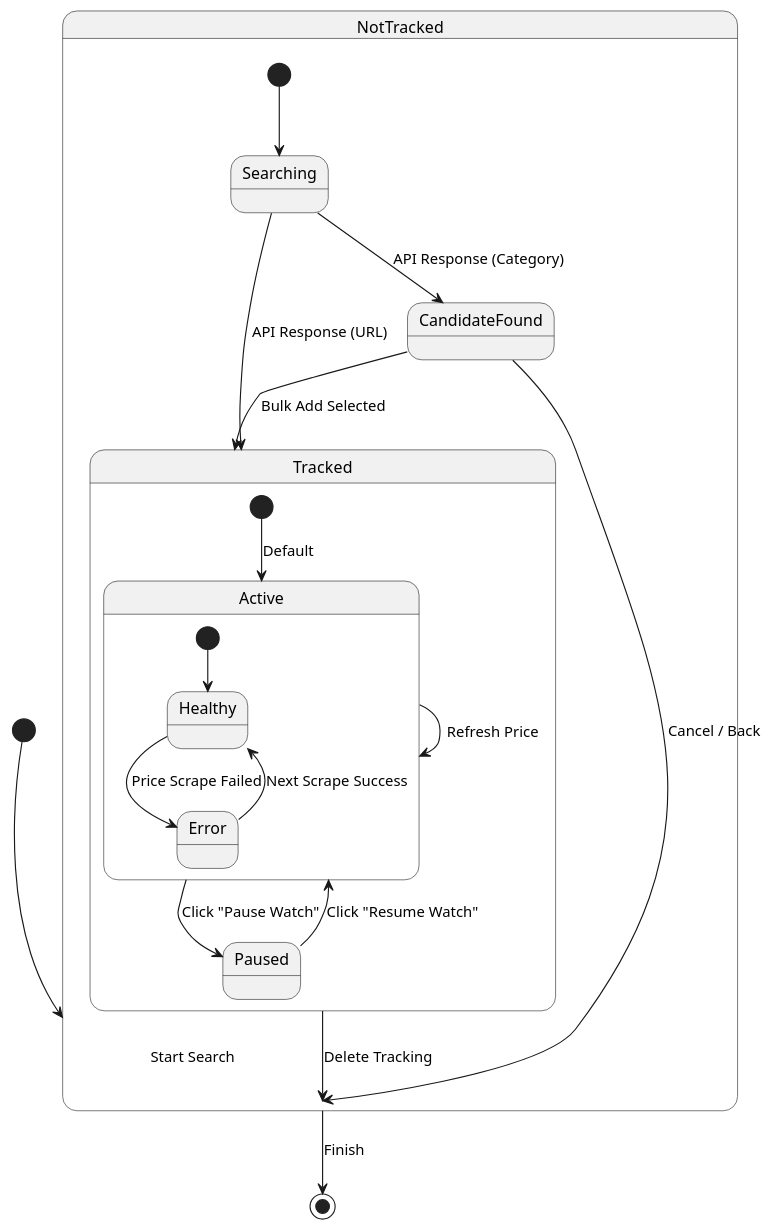
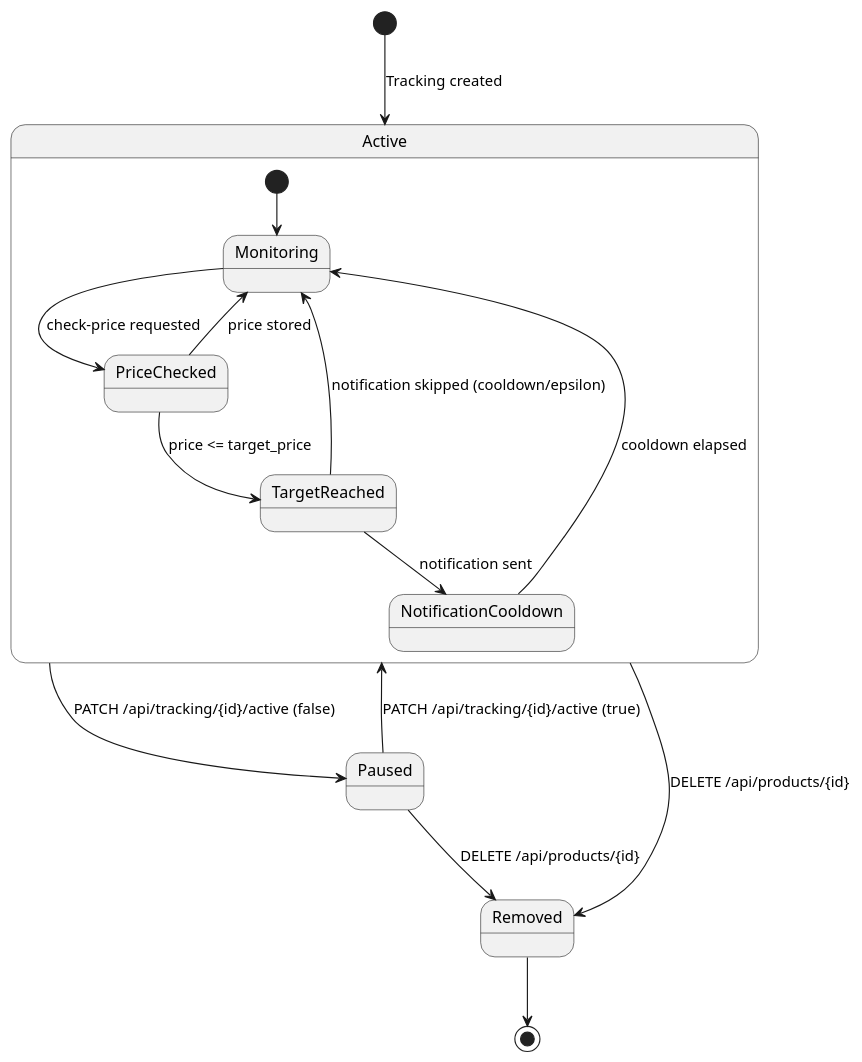
One commit to TheJokerGun/PriceGoblin changed the diagram in docs/state_diagram.puml. Above: the diagram before and after it, drawn with PlantUML. The commit also changed 21 other files, not shown here.

First line of the commit message:
Add user manual, update diagrams, and enhance notification service

```diff
--- a/docs/state_diagram.puml
+++ b/docs/state_diagram.puml
@@ -1,28 +1,21 @@
-@startuml State Diagram
-[*] --> NotTracked : Start Search
+@startuml StateDiagram
+[*] --> Active : Tracking created
 
-state NotTracked {
-  [*] --> Searching
-  Searching --> CandidateFound : API Response (Category)
-  Searching --> Tracked : API Response (URL)
+state Active {
+  [*] --> Monitoring
+  Monitoring --> PriceChecked : check-price requested
+  PriceChecked --> Monitoring : price stored
+
+  PriceChecked --> TargetReached : price <= target_price
+  TargetReached --> NotificationCooldown : notification sent
+  NotificationCooldown --> Monitoring : cooldown elapsed
+  TargetReached --> Monitoring : notification skipped (cooldown/epsilon)
 }
 
-CandidateFound --> Tracked : Bulk Add Selected
-CandidateFound --> NotTracked : Cancel / Back
+Active --> Paused : PATCH /api/tracking/{id}/active (false)
+Paused --> Active : PATCH /api/tracking/{id}/active (true)
 
-state Tracked {
-  [*] --> Active : Default
-  Active --> Paused : Click "Pause Watch"
-  Paused --> Active : Click "Resume Watch"
-  Active --> Active : Refresh Price
-  
-  state Active {
-    [*] --> Healthy
-    Healthy --> Error : Price Scrape Failed
-    Error --> Healthy : Next Scrape Success
-  }
-}
-
-Tracked --> NotTracked : Delete Tracking
-NotTracked --> [*] : Finish
+Active --> Removed : DELETE /api/products/{id}
+Paused --> Removed : DELETE /api/products/{id}
+Removed --> [*]
 @enduml
```
